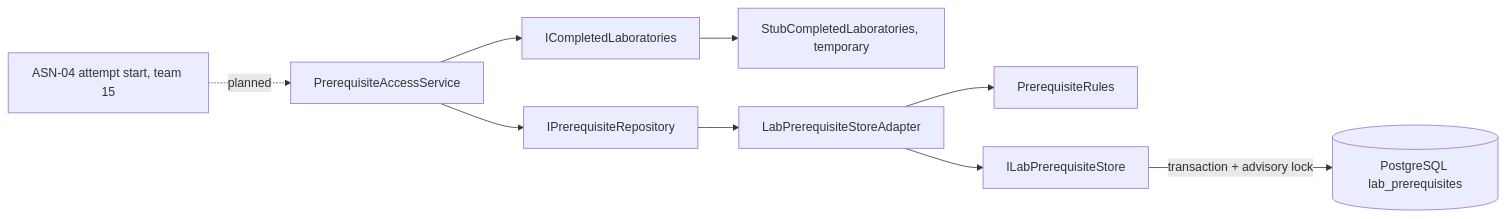
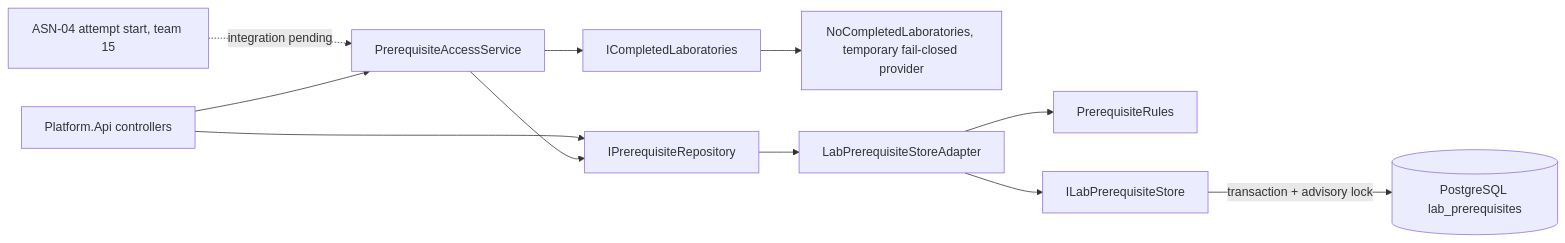
The first of 2 diagrams in docs/components/LAB-06-prerequisites.md (owlCoder/security-lab), drawn with Mermaid before and after one commit. The commit also changed other lines of this file and 7 other files, not shown here.

Commit message:
Implement LAB-06 prerequisite access checks

````diff
--- a/docs/components/LAB-06-prerequisites.md
+++ b/docs/components/LAB-06-prerequisites.md
@@ -27,11 +29,13 @@
 ```mermaid
 flowchart LR
-  ASN[ASN-04 attempt start, team 15] -. planned .-> ACCESS[PrerequisiteAccessService]
-  ACCESS --> REPO[IPrerequisiteRepository]
+  ASN[ASN-04 attempt start, team 15] -. integration pending .-> ACCESS[PrerequisiteAccessService]
+  API[Platform.Api controllers] --> ACCESS
+  API --> REPO[IPrerequisiteRepository]
+  ACCESS --> REPO
   ACCESS --> DONE[ICompletedLaboratories]
-  DONE --> STUB[StubCompletedLaboratories, temporary]
+  DONE --> EMPTY[NoCompletedLaboratories, temporary fail-closed provider]
   REPO --> ADAPTER[LabPrerequisiteStoreAdapter]
   ADAPTER --> RULES[PrerequisiteRules]
   ADAPTER --> STORE[ILabPrerequisiteStore]
   STORE -->|transaction + advisory lock| DB[(PostgreSQL lab_prerequisites)]
 ```
````
